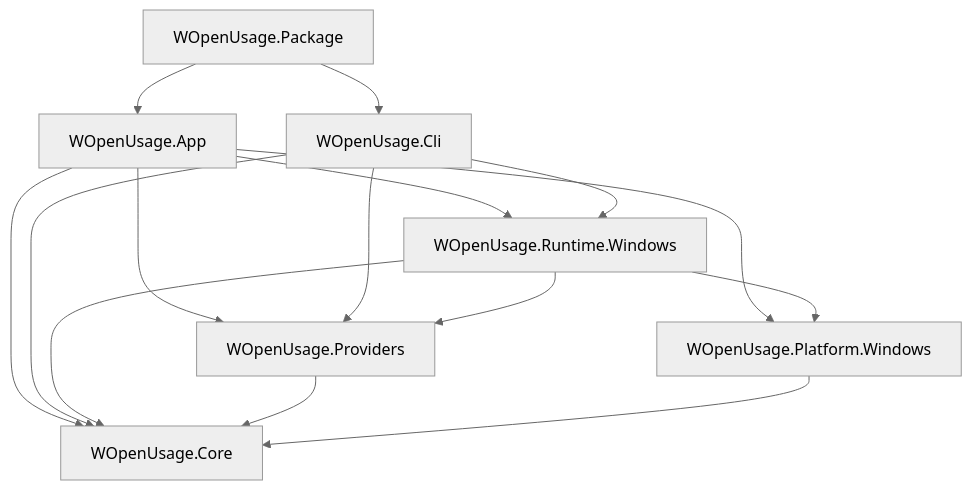
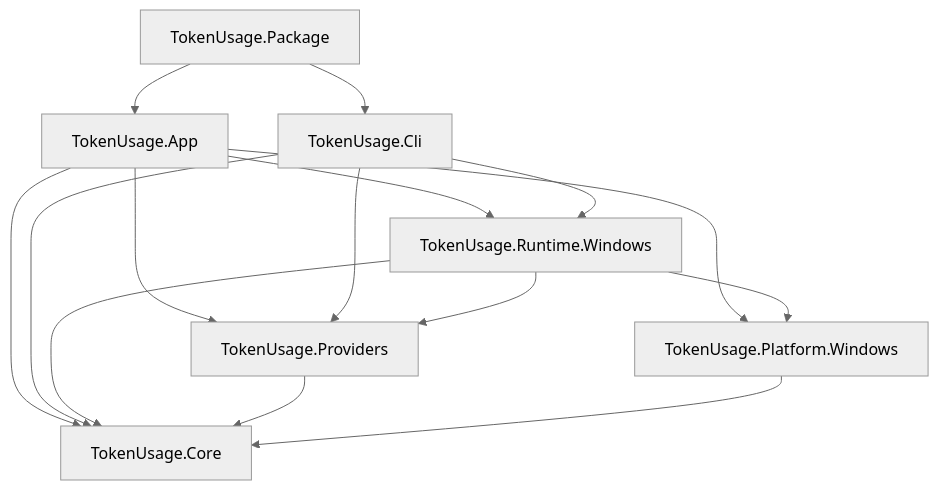
Before and after one commit to gvastethecreator/tokenusage: the first of 2 diagrams in docs/architecture/ADR-0001-windows-native-baseline.md, drawn with Mermaid (neutral theme). The commit also changed other lines of this file and 385 other files, not shown here.

Commit message:
feat: implement core token usage tracking platform including provider integration, CLI diagnostics, and WinUI dashboard composition

````diff
--- a/docs/architecture/ADR-0001-windows-native-baseline.md
+++ b/docs/architecture/ADR-0001-windows-native-baseline.md
@@ -42,17 +42,17 @@
 ```mermaid
 flowchart TD
-    Package["WOpenUsage.Package"] --> App["WOpenUsage.App"]
-    Package --> CLI["WOpenUsage.Cli"]
-    App --> Core["WOpenUsage.Core"]
-    App --> Providers["WOpenUsage.Providers"]
-    App --> Windows["WOpenUsage.Platform.Windows"]
-    App --> Runtime["WOpenUsage.Runtime.Windows"]
-    CLI["WOpenUsage.Cli"] --> Core
+    Package["TokenUsage.Package"] --> App["TokenUsage.App"]
+    Package --> CLI["TokenUsage.Cli"]
+    App --> Core["TokenUsage.Core"]
+    App --> Providers["TokenUsage.Providers"]
+    App --> Windows["TokenUsage.Platform.Windows"]
+    App --> Runtime["TokenUsage.Runtime.Windows"]
+    CLI["TokenUsage.Cli"] --> Core
     CLI --> Providers
     CLI --> Runtime
     Runtime --> Core
     Runtime --> Providers
     Runtime --> Windows
     Providers --> Core
     Windows --> Core
 ```
````
